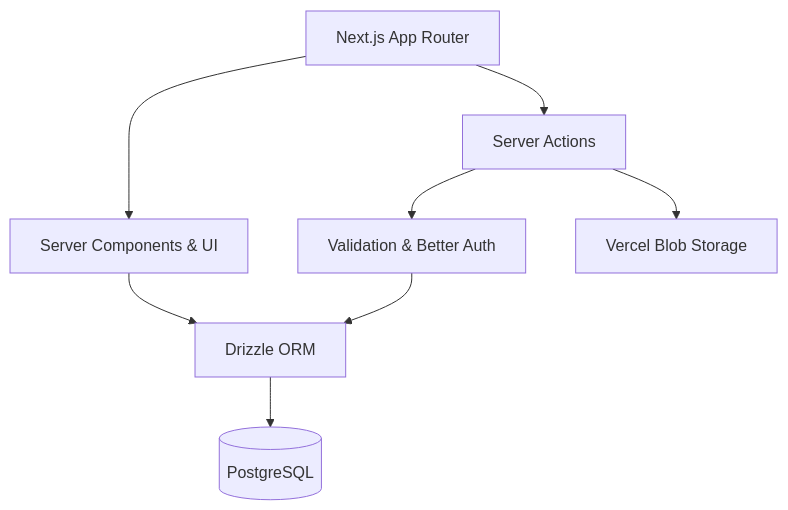
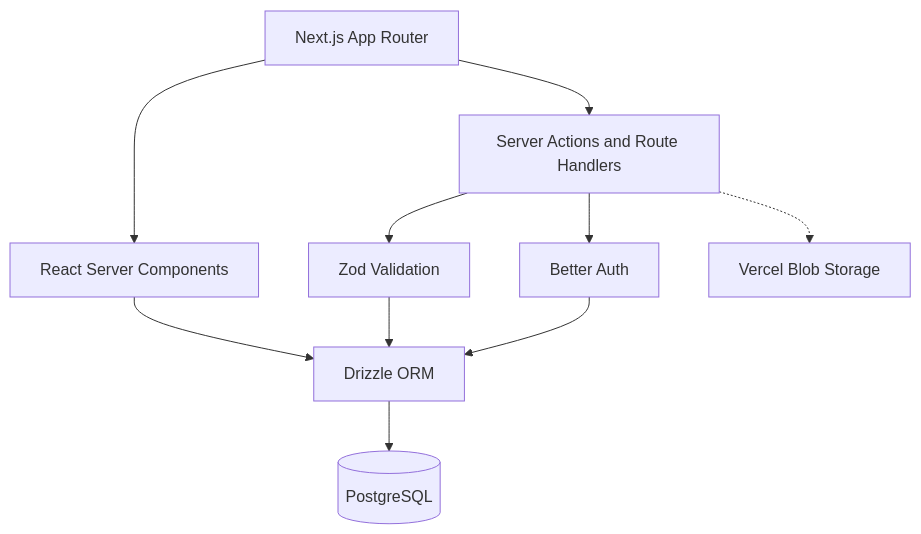
One commit to Jyatin/beyond-the-rumour-mill-team changed the diagram in README.md. Above: the diagram before and after it, drawn with Mermaid. The commit also changed other lines of this file, not shown here.

````diff
--- a/README.md
+++ b/README.md
@@ -53,10 +58,12 @@
 ```mermaid
 flowchart TD
-    A[Next.js App Router] --> B[Server Components & UI]
-    A --> C[Server Actions]
-    C --> D[Validation & Better Auth]
-    B --> E[Drizzle ORM]
-    D --> E
-    E --> F[(PostgreSQL)]
-    C --> G[Vercel Blob Storage]
+    A[Next.js App Router] --> B[React Server Components]
+    A --> C[Server Actions and Route Handlers]
+    C --> D[Zod Validation]
+    C --> E[Better Auth]
+    B --> F[Drizzle ORM]
+    D --> F
+    E --> F
+    F --> G[(PostgreSQL)]
+    C -.-> H[Vercel Blob Storage]
 ```
````
